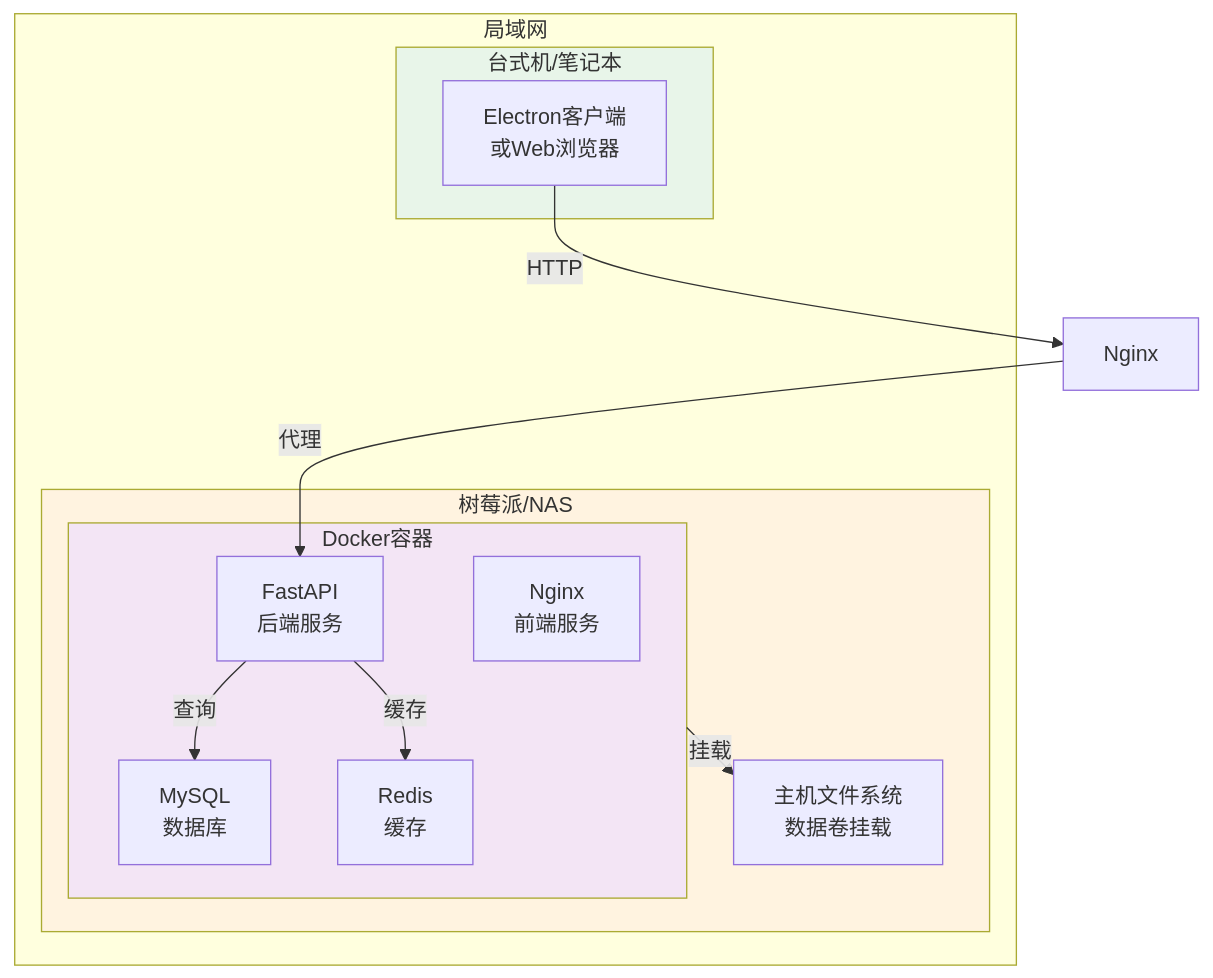
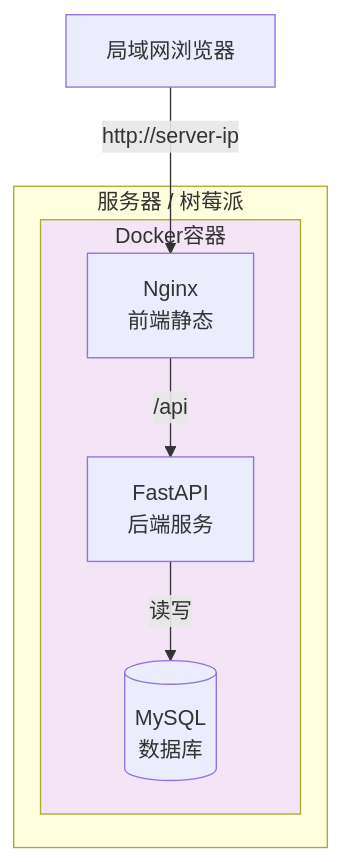
One commit to NanamiKite/radioManger changed the third of 13 diagrams in doc/07_系统架构图.md. Above: the diagram before and after it, drawn with Mermaid. The commit also changed other lines of this file and 83 other files, not shown here.

````diff
--- a/doc/07_系统架构图.md
+++ b/doc/07_系统架构图.md
@@ -91,28 +87,16 @@
 ```mermaid
 graph TB
-    subgraph LAN["局域网"]
-        subgraph Desktop["台式机/笔记本"]
-            Electron["Electron客户端<br/>或Web浏览器"]
-        end
-        
-        subgraph RaspberryPi["树莓派/NAS"]
-            subgraph Docker["Docker容器"]
-                Frontend["Nginx<br/>前端服务"]
-                Backend["FastAPI<br/>后端服务"]
-                MySQL["MySQL<br/>数据库"]
-                Redis["Redis<br/>缓存"]
-            end
-            HostFS["主机文件系统<br/>数据卷挂载"]
+    subgraph Server["服务器 / 树莓派"]
+        subgraph Docker["Docker容器"]
+            Frontend["Nginx<br/>前端静态"]
+            Backend["FastAPI<br/>后端服务"]
+            MySQL[("MySQL<br/>数据库")]
         end
     end
-    
-    Electron -->|HTTP| Nginx
-    Nginx -->|代理| Backend
-    Backend -->|查询| MySQL
-    Backend -->|缓存| Redis
-    Docker -->|挂载| HostFS
-    
-    style Desktop fill:#e8f5e9
-    style RaspberryPi fill:#fff3e0
+
+    Browser["局域网浏览器"] -->|http://server-ip| Frontend
+    Frontend -->|/api| Backend
+    Backend -->|读写| MySQL
+
     style Docker fill:#f3e5f5
 ```
````
